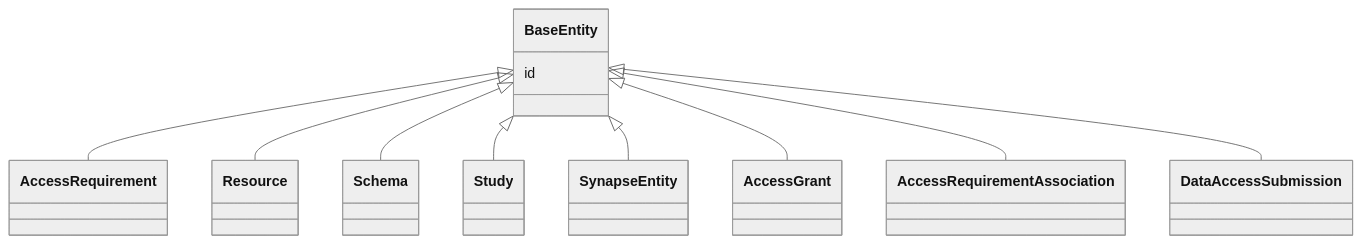
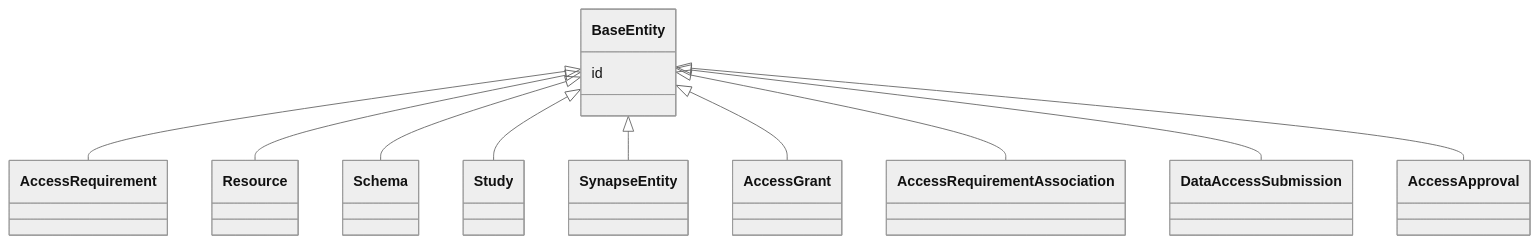
The diagram in docs/reference/classes/BaseEntity.md (mc2-center/governanceDUO), drawn with Mermaid (neutral theme) before and after one commit. The commit also changed other lines of this file and 26 other files, not shown here.

First line of the commit message:
Add AccessApproval as a real governance graph class

````diff
--- a/docs/reference/classes/BaseEntity.md
+++ b/docs/reference/classes/BaseEntity.md
@@ -25,25 +25,27 @@
 ```mermaid
  classDiagram
     class BaseEntity
     click BaseEntity href "../../classes/BaseEntity/"
       BaseEntity <|-- AccessRequirement
         click AccessRequirement href "../../classes/AccessRequirement/"
       BaseEntity <|-- Resource
         click Resource href "../../classes/Resource/"
       BaseEntity <|-- Schema
         click Schema href "../../classes/Schema/"
       BaseEntity <|-- Study
         click Study href "../../classes/Study/"
       BaseEntity <|-- SynapseEntity
         click SynapseEntity href "../../classes/SynapseEntity/"
       BaseEntity <|-- AccessGrant
         click AccessGrant href "../../classes/AccessGrant/"
       BaseEntity <|-- AccessRequirementAssociation
         click AccessRequirementAssociation href "../../classes/AccessRequirementAssociation/"
       BaseEntity <|-- DataAccessSubmission
         click DataAccessSubmission href "../../classes/DataAccessSubmission/"
+      BaseEntity <|-- AccessApproval
+        click AccessApproval href "../../classes/AccessApproval/"
       
       BaseEntity : id
         
       
 ```
````
